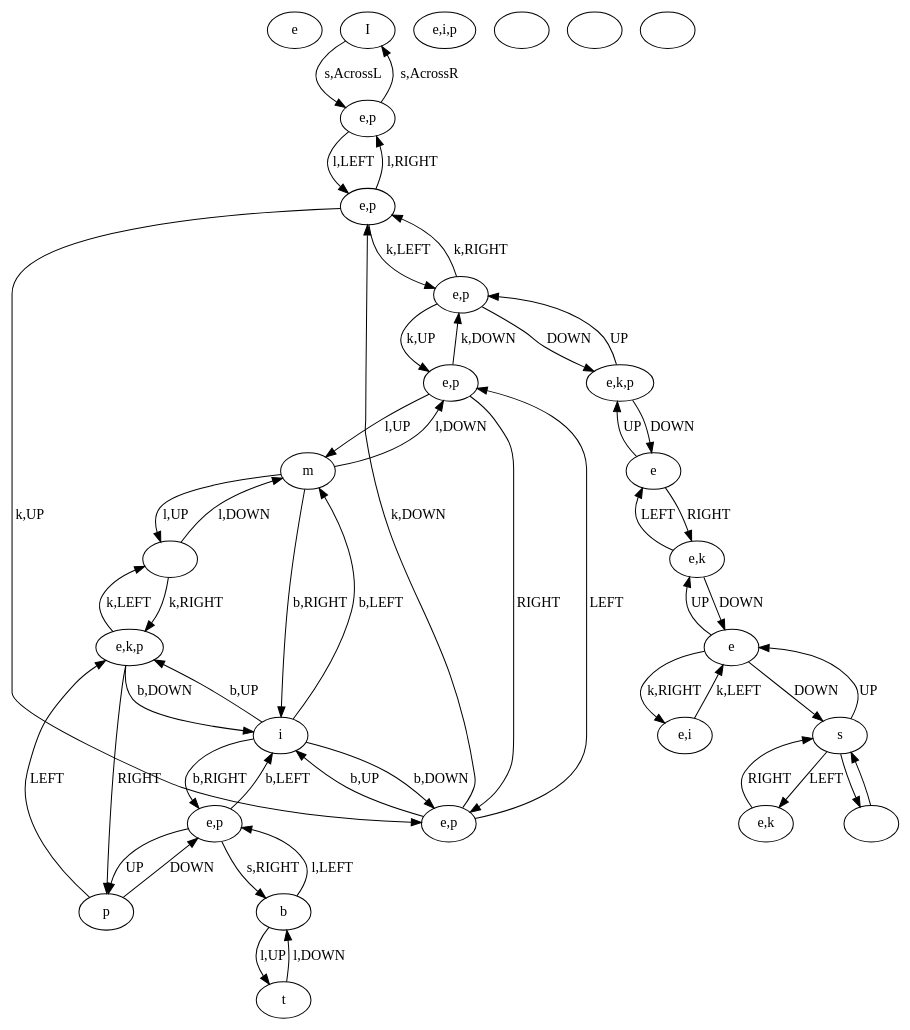
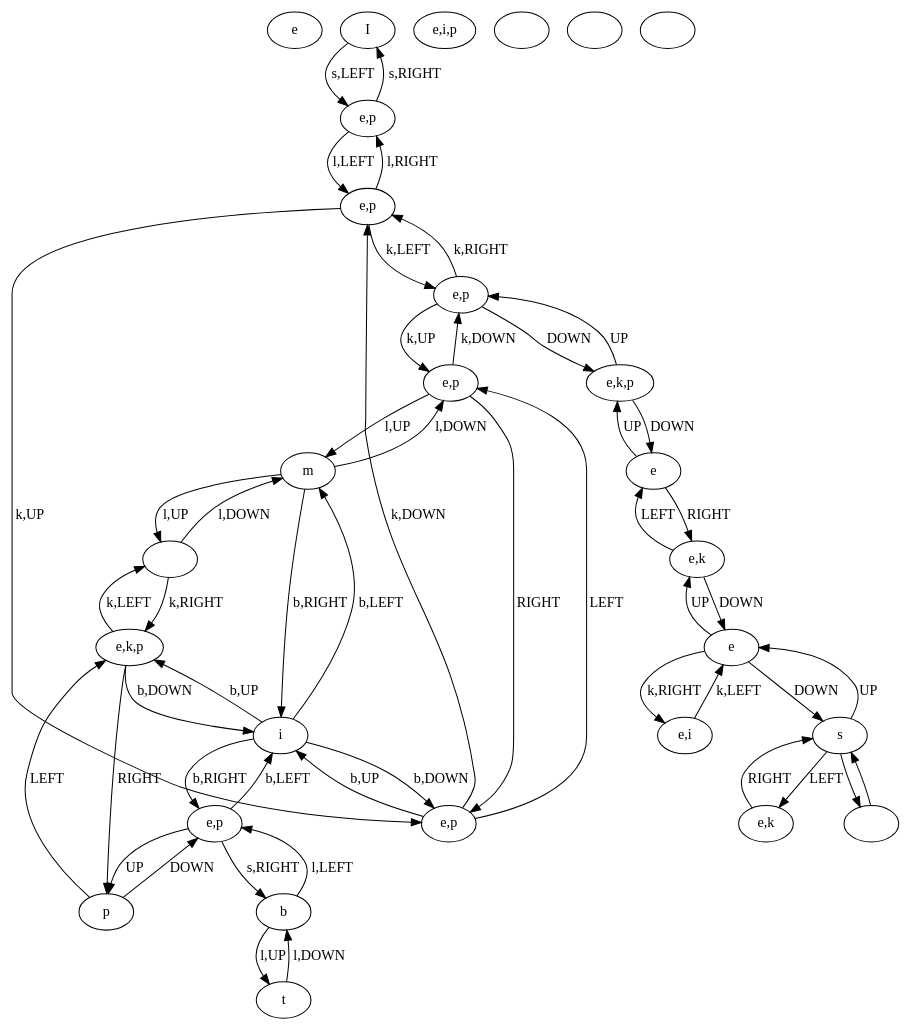
Before and after one commit to schrum2/MM-NEAT: the diagram in data/VGLC/Zelda/Graph Processed/tloz4_1_flip.dot, drawn with Graphviz. The commit also changed 1 other file, not shown here.

```diff
--- a/data/VGLC/Zelda/Graph Processed/tloz4_1_flip.dot
+++ b/data/VGLC/Zelda/Graph Processed/tloz4_1_flip.dot
@@ -1,79 +1,79 @@
 digraph {
 0 [label="e"]
 1 [label="I"]
 2 [label="e,i,p"]
 3 [label=""]
 4 [label=""]
 5 [label=""]
 6 [label="p"]
 7 [label="t"]
 8 [label=""]
 9 [label=""]
 10 [label="e,k"]
 11 [label="s"]
 12 [label="e,i"]
 13 [label="e"]
 14 [label="e"]
 15 [label="e,k"]
 16 [label="e,p"]
 17 [label="e,k,p"]
 18 [label="e,p"]
 19 [label="e,p"]
 20 [label="e,p"]
 21 [label="e,p"]
 22 [label="e,p"]
 23 [label="b"]
 24 [label="m"]
 25 [label="i"]
 26 [label="e,k,p"]
 9 -> 11 [label=""]
 11 -> 9 [label=""]
 11 -> 10 [label="LEFT"]
 10 -> 11 [label="RIGHT"]
 11 -> 13 [label="UP"]
 13 -> 11 [label="DOWN"]
 13 -> 15 [label="UP"]
 15 -> 13 [label="DOWN"]
 15 -> 14 [label="LEFT"]
 14 -> 15 [label="RIGHT"]
 14 -> 17 [label="UP"]
 17 -> 14 [label="DOWN"]
 17 -> 16 [label="UP"]
 16 -> 17 [label="DOWN"]
-18 -> 1 [label="s,AcrossR"]
-1 -> 18 [label="s,AcrossL"]
+18 -> 1 [label="s,RIGHT"]
+1 -> 18 [label="s,LEFT"]
 20 -> 21 [label="RIGHT"]
 21 -> 20 [label="LEFT"]
 22 -> 6 [label="UP"]
 6 -> 22 [label="DOWN"]
 6 -> 26 [label="LEFT"]
 26 -> 6 [label="RIGHT"]
 24 -> 25 [label="b,RIGHT"]
 25 -> 24 [label="b,LEFT"]
 25 -> 22 [label="b,RIGHT"]
 22 -> 25 [label="b,LEFT"]
 25 -> 21 [label="b,DOWN"]
 21 -> 25 [label="b,UP"]
 25 -> 26 [label="b,UP"]
 26 -> 25 [label="b,DOWN"]
 13 -> 12 [label="k,RIGHT"]
 12 -> 13 [label="k,LEFT"]
 16 -> 19 [label="k,RIGHT"]
 19 -> 16 [label="k,LEFT"]
 16 -> 20 [label="k,UP"]
 20 -> 16 [label="k,DOWN"]
 19 -> 21 [label="k,UP"]
 21 -> 19 [label="k,DOWN"]
 19 -> 18 [label="l,RIGHT"]
 18 -> 19 [label="l,LEFT"]
 22 -> 23 [label="s,RIGHT"]
 23 -> 22 [label="l,LEFT"]
 23 -> 7 [label="l,UP"]
 7 -> 23 [label="l,DOWN"]
 24 -> 4 [label="l,UP"]
 4 -> 24 [label="l,DOWN"]
 24 -> 20 [label="l,DOWN"]
 20 -> 24 [label="l,UP"]
 4 -> 26 [label="k,RIGHT"]
 26 -> 4 [label="k,LEFT"]
 }
```
